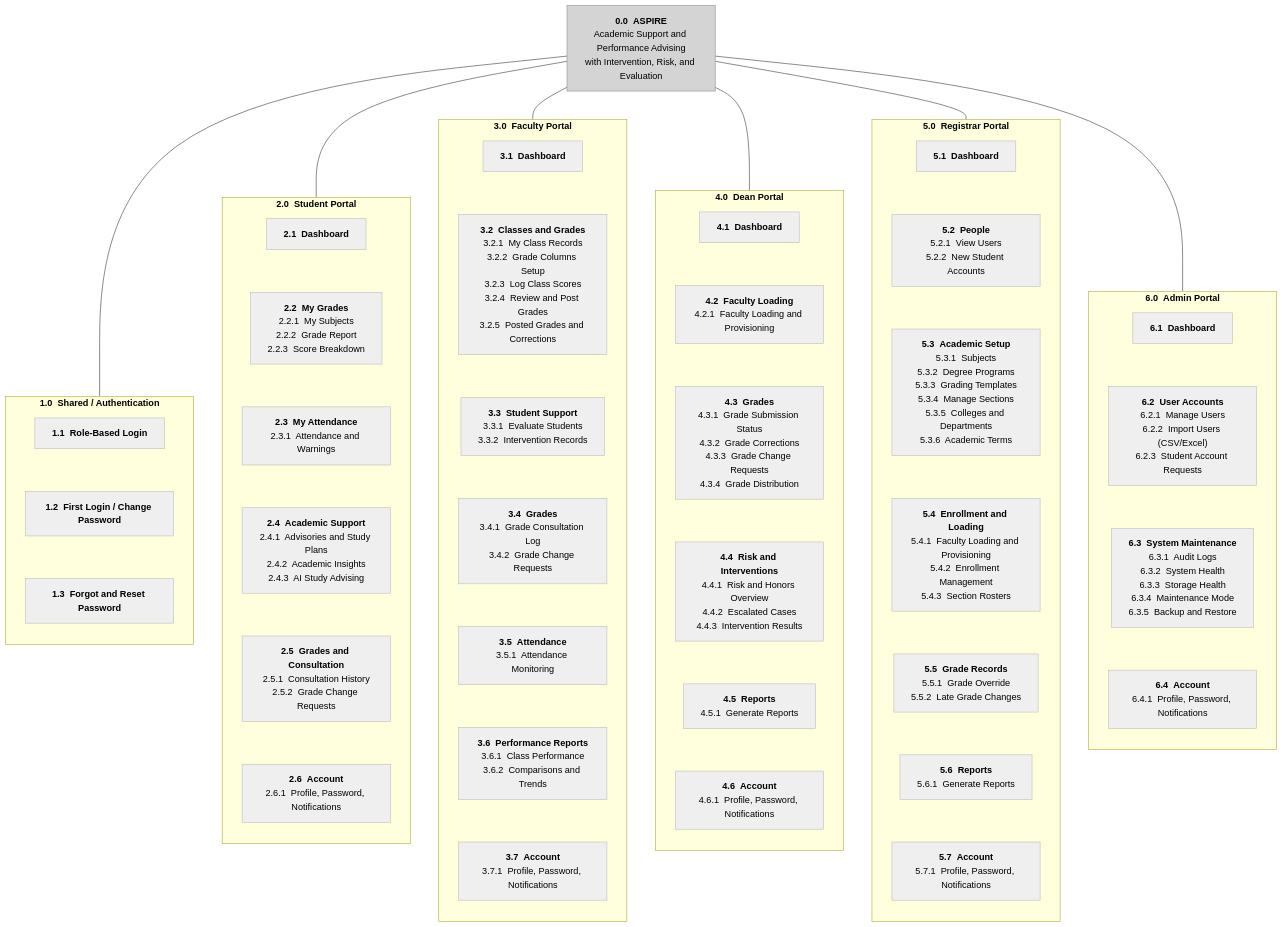
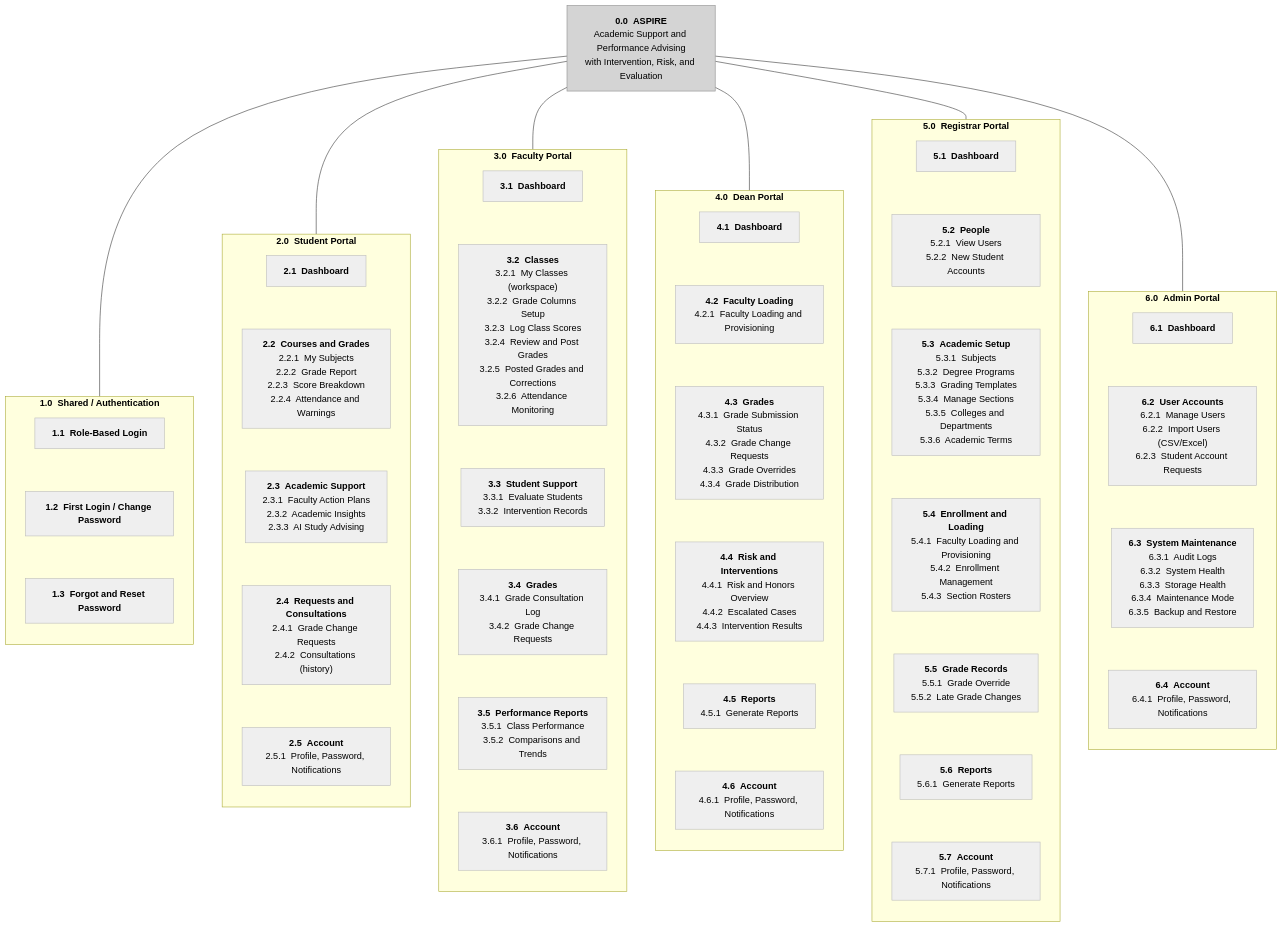
The diagram in docs/02-thesis/figures/Figure-2.12-VTOC.mmd (kurarensu16/sage), drawn with Mermaid before and after one commit. The commit also changed 33 other files, not shown here.

```diff
--- a/docs/02-thesis/figures/Figure-2.12-VTOC.mmd
+++ b/docs/02-thesis/figures/Figure-2.12-VTOC.mmd
@@ -1,91 +1,92 @@
 flowchart TB
-%% ===== Figure 2.12 — ASPIRE Visual Table of Contents (VTOC) — updated 2026-10-30 =====
+%% ===== Figure 2.12 — ASPIRE Visual Table of Contents (VTOC) — updated 2026-11-02 =====
+%% 2026-11-02: re-synced to Sidebar.jsx. Student: Courses and Grades now holds Attendance; Faculty Action
+%% Plans named; Requests and Consultations group. Faculty: Attendance Monitoring moved under Classes.
+%% Dean: Grade Corrections renamed Grade Overrides. Single-link groups are standalone links.
 %% Rebuilt from PORTAL_NAVIGATION in src/components/layout/Sidebar.jsx, so the hierarchy below
 %% is the hierarchy the sidebar renders. Changes against the 2026-10-10 version:
 %%   + 5.0 Registrar Portal, with the eight modules that moved out of Admin
 %%   + Grade Change Requests in the Student, Faculty, Dean and Registrar portals
 %%   + Academic Insights as a module of its own, beside AI Study Advising
 %%   + Faculty Loading & Provisioning in the Dean and Registrar portals
 %%   + Admin system maintenance: System Health, Storage Health, Maintenance Mode, Backup
 %%   - Create Classrooms, Enrollment Requests (join-code enrolment retired)
 %%   - Consultations as a request flow; now Consultation History / Grade Consultation Log
 %%   AI Study Tutor renamed AI Study Advising
 
   ROOT["<b>0.0&nbsp;&nbsp;ASPIRE</b><br/>Academic Support and Performance Advising<br/>with Intervention, Risk, and Evaluation"]
 
   ROOT --- A
   ROOT --- S
   ROOT --- F
   ROOT --- D
   ROOT --- R
   ROOT --- M
 
   subgraph A["<b>1.0&nbsp;&nbsp;Shared / Authentication</b>"]
     direction TB
     A1["<b>1.1&nbsp;&nbsp;Role-Based Login</b>"]
     A2["<b>1.2&nbsp;&nbsp;First Login / Change Password</b>"]
     A3["<b>1.3&nbsp;&nbsp;Forgot and Reset Password</b>"]
     A1 ~~~ A2 ~~~ A3
   end
 
   subgraph S["<b>2.0&nbsp;&nbsp;Student Portal</b>"]
     direction TB
     S1["<b>2.1&nbsp;&nbsp;Dashboard</b>"]
-    S2["<b>2.2&nbsp;&nbsp;My Grades</b><br/>2.2.1&nbsp; My Subjects<br/>2.2.2&nbsp; Grade Report<br/>2.2.3&nbsp; Score Breakdown"]
-    S3["<b>2.3&nbsp;&nbsp;My Attendance</b><br/>2.3.1&nbsp; Attendance and Warnings"]
-    S4["<b>2.4&nbsp;&nbsp;Academic Support</b><br/>2.4.1&nbsp; Advisories and Study Plans<br/>2.4.2&nbsp; Academic Insights<br/>2.4.3&nbsp; AI Study Advising"]
-    S5["<b>2.5&nbsp;&nbsp;Grades and Consultation</b><br/>2.5.1&nbsp; Consultation History<br/>2.5.2&nbsp; Grade Change Requests"]
-    S6["<b>2.6&nbsp;&nbsp;Account</b><br/>2.6.1&nbsp; Profile, Password, Notifications"]
-    S1 ~~~ S2 ~~~ S3 ~~~ S4 ~~~ S5 ~~~ S6
+    S2["<b>2.2&nbsp;&nbsp;Courses and Grades</b><br/>2.2.1&nbsp; My Subjects<br/>2.2.2&nbsp; Grade Report<br/>2.2.3&nbsp; Score Breakdown<br/>2.2.4&nbsp; Attendance and Warnings"]
+    S3["<b>2.3&nbsp;&nbsp;Academic Support</b><br/>2.3.1&nbsp; Faculty Action Plans<br/>2.3.2&nbsp; Academic Insights<br/>2.3.3&nbsp; AI Study Advising"]
+    S4["<b>2.4&nbsp;&nbsp;Requests and Consultations</b><br/>2.4.1&nbsp; Grade Change Requests<br/>2.4.2&nbsp; Consultations (history)"]
+    S5["<b>2.5&nbsp;&nbsp;Account</b><br/>2.5.1&nbsp; Profile, Password, Notifications"]
+    S1 ~~~ S2 ~~~ S3 ~~~ S4 ~~~ S5
   end
 
   subgraph F["<b>3.0&nbsp;&nbsp;Faculty Portal</b>"]
     direction TB
     F1["<b>3.1&nbsp;&nbsp;Dashboard</b>"]
-    F2["<b>3.2&nbsp;&nbsp;Classes and Grades</b><br/>3.2.1&nbsp; My Class Records<br/>3.2.2&nbsp; Grade Columns Setup<br/>3.2.3&nbsp; Log Class Scores<br/>3.2.4&nbsp; Review and Post Grades<br/>3.2.5&nbsp; Posted Grades and Corrections"]
+    F2["<b>3.2&nbsp;&nbsp;Classes</b><br/>3.2.1&nbsp; My Classes (workspace)<br/>3.2.2&nbsp; Grade Columns Setup<br/>3.2.3&nbsp; Log Class Scores<br/>3.2.4&nbsp; Review and Post Grades<br/>3.2.5&nbsp; Posted Grades and Corrections<br/>3.2.6&nbsp; Attendance Monitoring"]
     F3["<b>3.3&nbsp;&nbsp;Student Support</b><br/>3.3.1&nbsp; Evaluate Students<br/>3.3.2&nbsp; Intervention Records"]
     F4["<b>3.4&nbsp;&nbsp;Grades</b><br/>3.4.1&nbsp; Grade Consultation Log<br/>3.4.2&nbsp; Grade Change Requests"]
-    F5["<b>3.5&nbsp;&nbsp;Attendance</b><br/>3.5.1&nbsp; Attendance Monitoring"]
-    F6["<b>3.6&nbsp;&nbsp;Performance Reports</b><br/>3.6.1&nbsp; Class Performance<br/>3.6.2&nbsp; Comparisons and Trends"]
-    F7["<b>3.7&nbsp;&nbsp;Account</b><br/>3.7.1&nbsp; Profile, Password, Notifications"]
-    F1 ~~~ F2 ~~~ F3 ~~~ F4 ~~~ F5 ~~~ F6 ~~~ F7
+    F5["<b>3.5&nbsp;&nbsp;Performance Reports</b><br/>3.5.1&nbsp; Class Performance<br/>3.5.2&nbsp; Comparisons and Trends"]
+    F6["<b>3.6&nbsp;&nbsp;Account</b><br/>3.6.1&nbsp; Profile, Password, Notifications"]
+    F1 ~~~ F2 ~~~ F3 ~~~ F4 ~~~ F5 ~~~ F6
   end
 
   subgraph D["<b>4.0&nbsp;&nbsp;Dean Portal</b>"]
     direction TB
     D1["<b>4.1&nbsp;&nbsp;Dashboard</b>"]
     D2["<b>4.2&nbsp;&nbsp;Faculty Loading</b><br/>4.2.1&nbsp; Faculty Loading and Provisioning"]
-    D3["<b>4.3&nbsp;&nbsp;Grades</b><br/>4.3.1&nbsp; Grade Submission Status<br/>4.3.2&nbsp; Grade Corrections<br/>4.3.3&nbsp; Grade Change Requests<br/>4.3.4&nbsp; Grade Distribution"]
+    D3["<b>4.3&nbsp;&nbsp;Grades</b><br/>4.3.1&nbsp; Grade Submission Status<br/>4.3.2&nbsp; Grade Change Requests<br/>4.3.3&nbsp; Grade Overrides<br/>4.3.4&nbsp; Grade Distribution"]
     D4["<b>4.4&nbsp;&nbsp;Risk and Interventions</b><br/>4.4.1&nbsp; Risk and Honors Overview<br/>4.4.2&nbsp; Escalated Cases<br/>4.4.3&nbsp; Intervention Results"]
     D5["<b>4.5&nbsp;&nbsp;Reports</b><br/>4.5.1&nbsp; Generate Reports"]
     D6["<b>4.6&nbsp;&nbsp;Account</b><br/>4.6.1&nbsp; Profile, Password, Notifications"]
     D1 ~~~ D2 ~~~ D3 ~~~ D4 ~~~ D5 ~~~ D6
   end
 
   subgraph R["<b>5.0&nbsp;&nbsp;Registrar Portal</b>"]
     direction TB
     R1["<b>5.1&nbsp;&nbsp;Dashboard</b>"]
     R2["<b>5.2&nbsp;&nbsp;People</b><br/>5.2.1&nbsp; View Users<br/>5.2.2&nbsp; New Student Accounts"]
     R3["<b>5.3&nbsp;&nbsp;Academic Setup</b><br/>5.3.1&nbsp; Subjects<br/>5.3.2&nbsp; Degree Programs<br/>5.3.3&nbsp; Grading Templates<br/>5.3.4&nbsp; Manage Sections<br/>5.3.5&nbsp; Colleges and Departments<br/>5.3.6&nbsp; Academic Terms"]
     R4["<b>5.4&nbsp;&nbsp;Enrollment and Loading</b><br/>5.4.1&nbsp; Faculty Loading and Provisioning<br/>5.4.2&nbsp; Enrollment Management<br/>5.4.3&nbsp; Section Rosters"]
     R5["<b>5.5&nbsp;&nbsp;Grade Records</b><br/>5.5.1&nbsp; Grade Override<br/>5.5.2&nbsp; Late Grade Changes"]
     R6["<b>5.6&nbsp;&nbsp;Reports</b><br/>5.6.1&nbsp; Generate Reports"]
     R7["<b>5.7&nbsp;&nbsp;Account</b><br/>5.7.1&nbsp; Profile, Password, Notifications"]
     R1 ~~~ R2 ~~~ R3 ~~~ R4 ~~~ R5 ~~~ R6 ~~~ R7
   end
 
   subgraph M["<b>6.0&nbsp;&nbsp;Admin Portal</b>"]
     direction TB
     M1["<b>6.1&nbsp;&nbsp;Dashboard</b>"]
     M2["<b>6.2&nbsp;&nbsp;User Accounts</b><br/>6.2.1&nbsp; Manage Users<br/>6.2.2&nbsp; Import Users (CSV/Excel)<br/>6.2.3&nbsp; Student Account Requests"]
     M3["<b>6.3&nbsp;&nbsp;System Maintenance</b><br/>6.3.1&nbsp; Audit Logs<br/>6.3.2&nbsp; System Health<br/>6.3.3&nbsp; Storage Health<br/>6.3.4&nbsp; Maintenance Mode<br/>6.3.5&nbsp; Backup and Restore"]
     M4["<b>6.4&nbsp;&nbsp;Account</b><br/>6.4.1&nbsp; Profile, Password, Notifications"]
     M1 ~~~ M2 ~~~ M3 ~~~ M4
   end
 
   %% ================= STYLING =================
   classDef root   fill:#D4D4D4,stroke:#9A9A9A,stroke-width:1.2px,color:#000000;
   classDef module fill:#EFEFEF,stroke:#BBBBBB,stroke-width:1px,color:#000000;
 
   class ROOT root;
-  class A1,A2,A3,S1,S2,S3,S4,S5,S6,F1,F2,F3,F4,F5,F6,F7,D1,D2,D3,D4,D5,D6,R1,R2,R3,R4,R5,R6,R7,M1,M2,M3,M4 module;
+  class A1,A2,A3,S1,S2,S3,S4,S5,F1,F2,F3,F4,F5,F6,D1,D2,D3,D4,D5,D6,R1,R2,R3,R4,R5,R6,R7,M1,M2,M3,M4 module;
```
